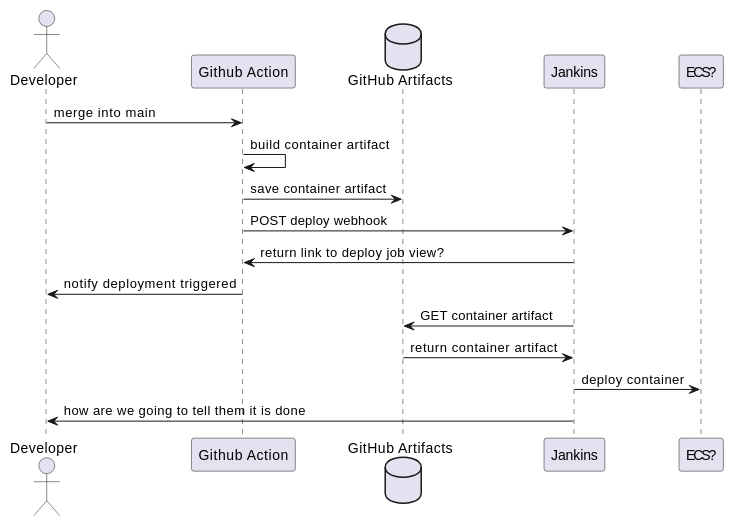
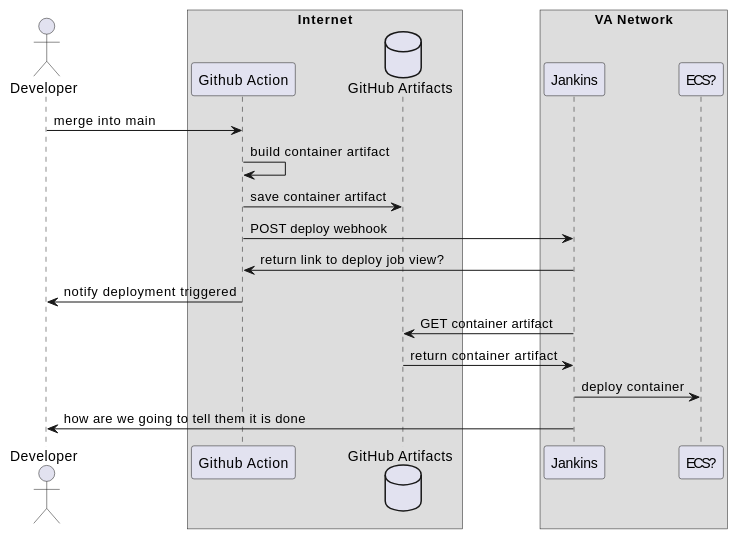
The first of 4 diagrams in docs/deployment.md (keyluck/lighthouse-backstage), drawn with PlantUML before and after one commit. The commit also changed other lines of this file, not shown here.

````diff
--- a/docs/deployment.md
+++ b/docs/deployment.md
@@ -9,17 +9,22 @@
 ```plantuml
+
 actor Developer as dev 
+box "Internet"
 participant "Github Action" as builder
 database "GitHub Artifacts" as storage
+end box
+box VA Network
 participant "Jankins" as deployer
 participant "ECS?" as runner
+end box
 dev->builder : merge into main
 builder->builder: build container artifact
 builder->storage : save container artifact
 builder->deployer: POST deploy webhook
 deployer->builder : return link to deploy job view?
 builder->dev : notify deployment triggered
 deployer->storage : GET container artifact 
 storage->deployer : return container artifact
 deployer->runner : deploy container
 deployer->dev : how are we going to tell them it is done
 ```
````
